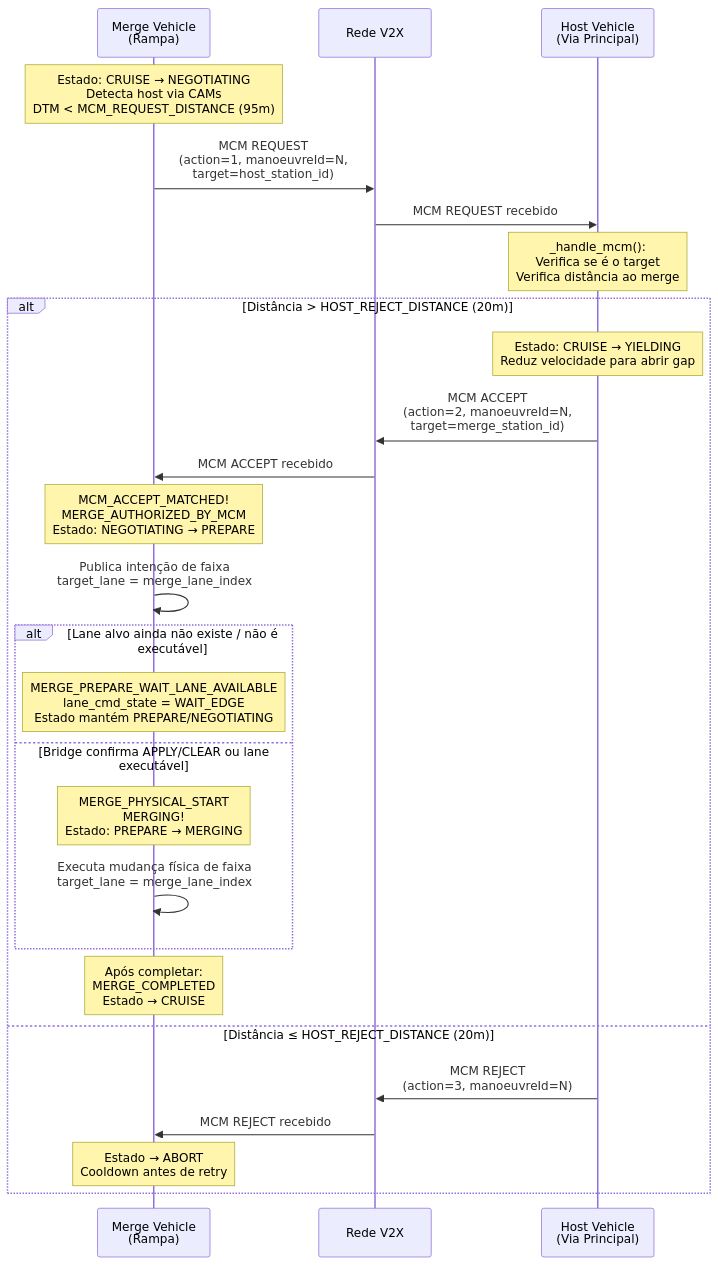
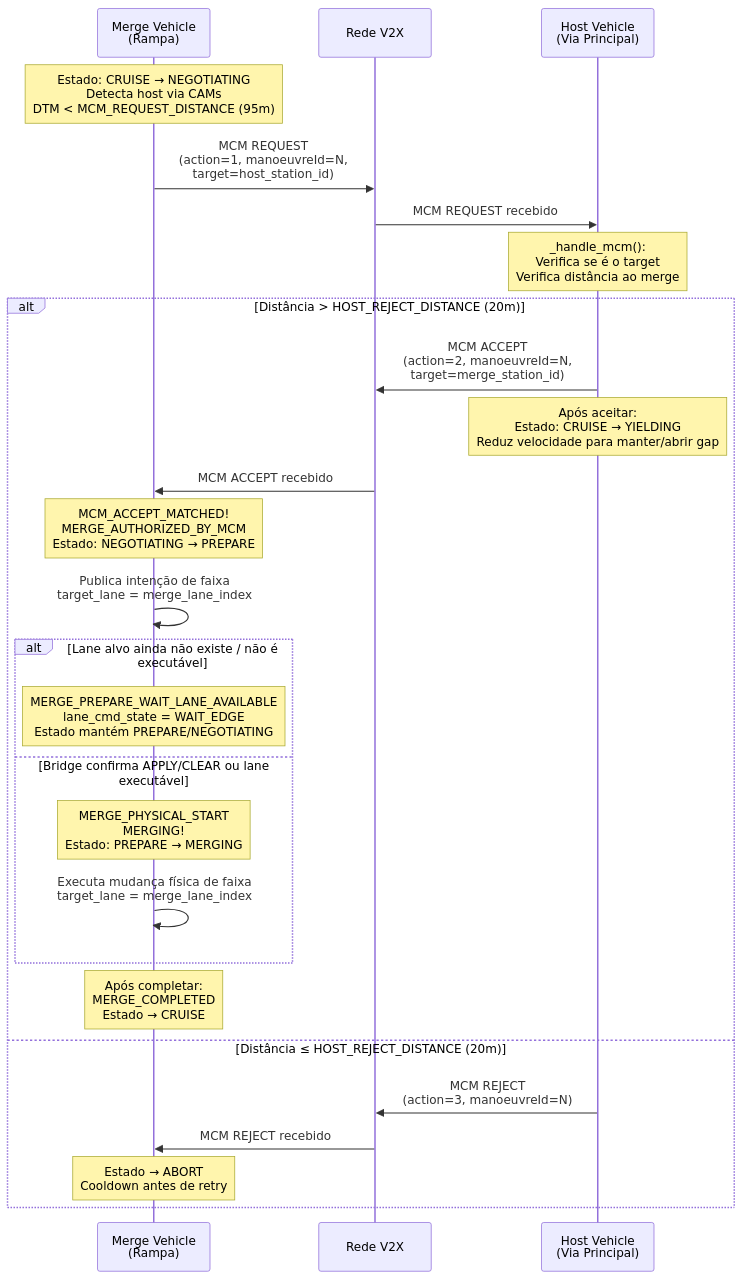
The fifth of 8 diagrams in mcm_cam_diagram.md (BMarujo/RSA), drawn with Mermaid before and after one commit. The commit also changed other lines of this file and 14 other files, not shown here.

````diff
--- a/mcm_cam_diagram.md
+++ b/mcm_cam_diagram.md
@@ -146,37 +146,37 @@
 ```mermaid
 sequenceDiagram
     participant MV as Merge Vehicle<br/>(Rampa)
     participant V2X as Rede V2X
     participant HV as Host Vehicle<br/>(Via Principal)
 
     Note over MV: Estado: CRUISE → NEGOTIATING<br/>Detecta host via CAMs<br/>DTM < MCM_REQUEST_DISTANCE (95m)
 
     MV->>V2X: MCM REQUEST<br/>(action=1, manoeuvreId=N,<br/>target=host_station_id)
     V2X->>HV: MCM REQUEST recebido
 
     Note over HV: _handle_mcm():<br/>Verifica se é o target<br/>Verifica distância ao merge
 
     alt Distância > HOST_REJECT_DISTANCE (20m)
-        Note over HV: Estado: CRUISE → YIELDING<br/>Reduz velocidade para abrir gap
         HV->>V2X: MCM ACCEPT<br/>(action=2, manoeuvreId=N,<br/>target=merge_station_id)
+        Note over HV: Após aceitar:<br/>Estado: CRUISE → YIELDING<br/>Reduz velocidade para manter/abrir gap
         V2X->>MV: MCM ACCEPT recebido
         
         Note over MV: MCM_ACCEPT_MATCHED!<br/>MERGE_AUTHORIZED_BY_MCM<br/>Estado: NEGOTIATING → PREPARE
         
         MV->>MV: Publica intenção de faixa<br/>target_lane = merge_lane_index
 
         alt Lane alvo ainda não existe / não é executável
             Note over MV: MERGE_PREPARE_WAIT_LANE_AVAILABLE<br/>lane_cmd_state = WAIT_EDGE<br/>Estado mantém PREPARE/NEGOTIATING
         else Bridge confirma APPLY/CLEAR ou lane executável
             Note over MV: MERGE_PHYSICAL_START<br/>MERGING!<br/>Estado: PREPARE → MERGING
             MV->>MV: Executa mudança física de faixa<br/>target_lane = merge_lane_index
         end
         
         Note over MV: Após completar:<br/>MERGE_COMPLETED<br/>Estado → CRUISE
     else Distância ≤ HOST_REJECT_DISTANCE (20m)
         HV->>V2X: MCM REJECT<br/>(action=3, manoeuvreId=N)
         V2X->>MV: MCM REJECT recebido
         
         Note over MV: Estado → ABORT<br/>Cooldown antes de retry
     end
 ```
````
